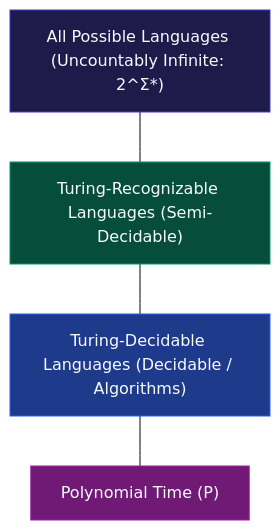
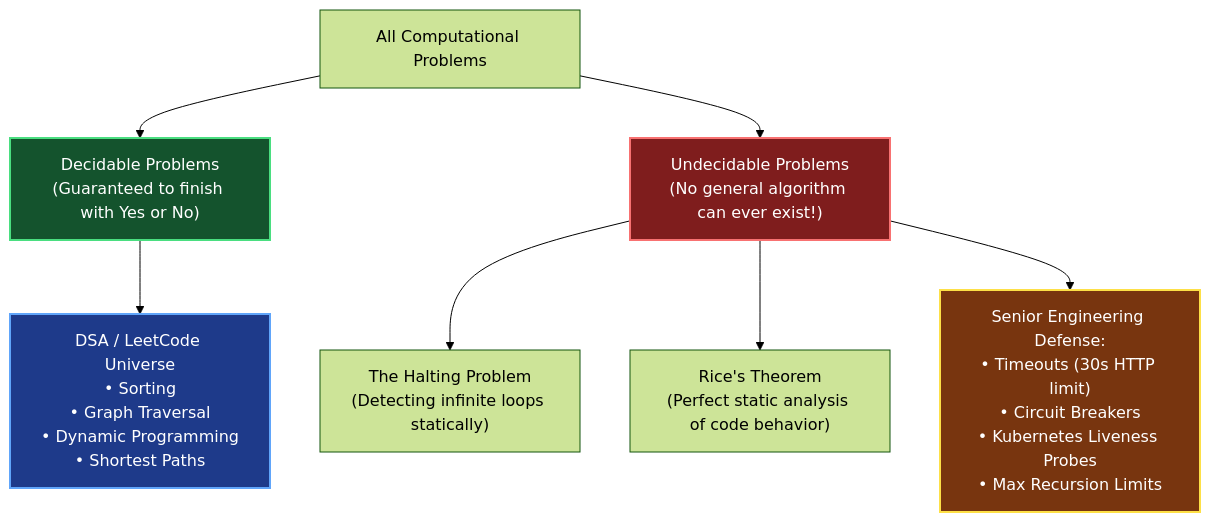
One commit to vadde/DSA changed the diagram in 00 - Fundamentals/000 - Theoretical Foundations (The Complete Guide)/00_computation_and_computability.md. Above: the diagram before and after it, drawn with Mermaid (forest theme). The commit also changed other lines of this file and 14 other files, not shown here.

````diff
--- a/00 - Fundamentals/000 - Theoretical Foundations (The Complete Guide)/00_computation_and_computability.md
+++ b/00 - Fundamentals/000 - Theoretical Foundations (The Complete Guide)/00_computation_and_computability.md
@@ -97,16 +35,16 @@
 ```mermaid
 flowchart TD
-    ALL["All Possible Languages (Uncountably Infinite: 2^Σ*)"]
-    RE["Turing-Recognizable Languages (Semi-Decidable)"]
-    DEC["Turing-Decidable Languages (Decidable / Algorithms)"]
-    P["Polynomial Time (P)"]
+    Universe["All Computational Problems"] --> Decidable["Decidable Problems\n(Guaranteed to finish with Yes or No)"]
+    Universe --> Undecidable["Undecidable Problems\n(No general algorithm can ever exist!)"]
 
-    DEC --- P
-    RE --- DEC
-    ALL --- RE
+    Decidable --> DSA["DSA / LeetCode Universe\n• Sorting\n• Graph Traversal\n• Dynamic Programming\n• Shortest Paths"]
 
-    style ALL fill:#1e1b4b,color:#f8fafc,stroke:#4338ca
-    style RE fill:#064e3b,color:#f8fafc,stroke:#059669
-    style DEC fill:#1e3a8a,color:#f8fafc,stroke:#2563eb
-    style P fill:#701a75,color:#f8fafc,stroke:#a21caf
+    Undecidable --> Halting["The Halting Problem\n(Detecting infinite loops statically)"]
+    Undecidable --> Rice["Rice's Theorem\n(Perfect static analysis of code behavior)"]
+    Undecidable --> Defense["Senior Engineering Defense:\n• Timeouts (30s HTTP limit)\n• Circuit Breakers\n• Kubernetes Liveness Probes\n• Max Recursion Limits"]
+
+    style Decidable fill:#14532d,stroke:#4ade80,stroke-width:2px,color:#fff
+    style Undecidable fill:#7f1d1d,stroke:#f87171,stroke-width:2px,color:#fff
+    style DSA fill:#1e3a8a,stroke:#60a5fa,stroke-width:2px,color:#fff
+    style Defense fill:#78350f,stroke:#fde047,stroke-width:2px,color:#fff
 ```
````
